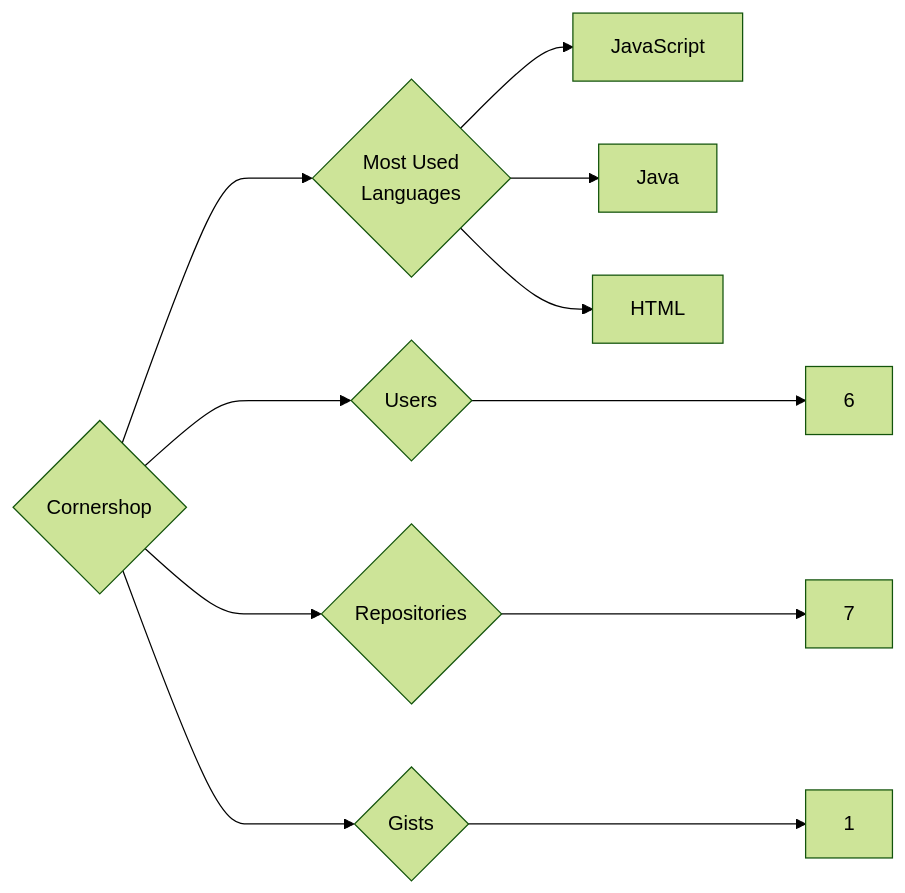
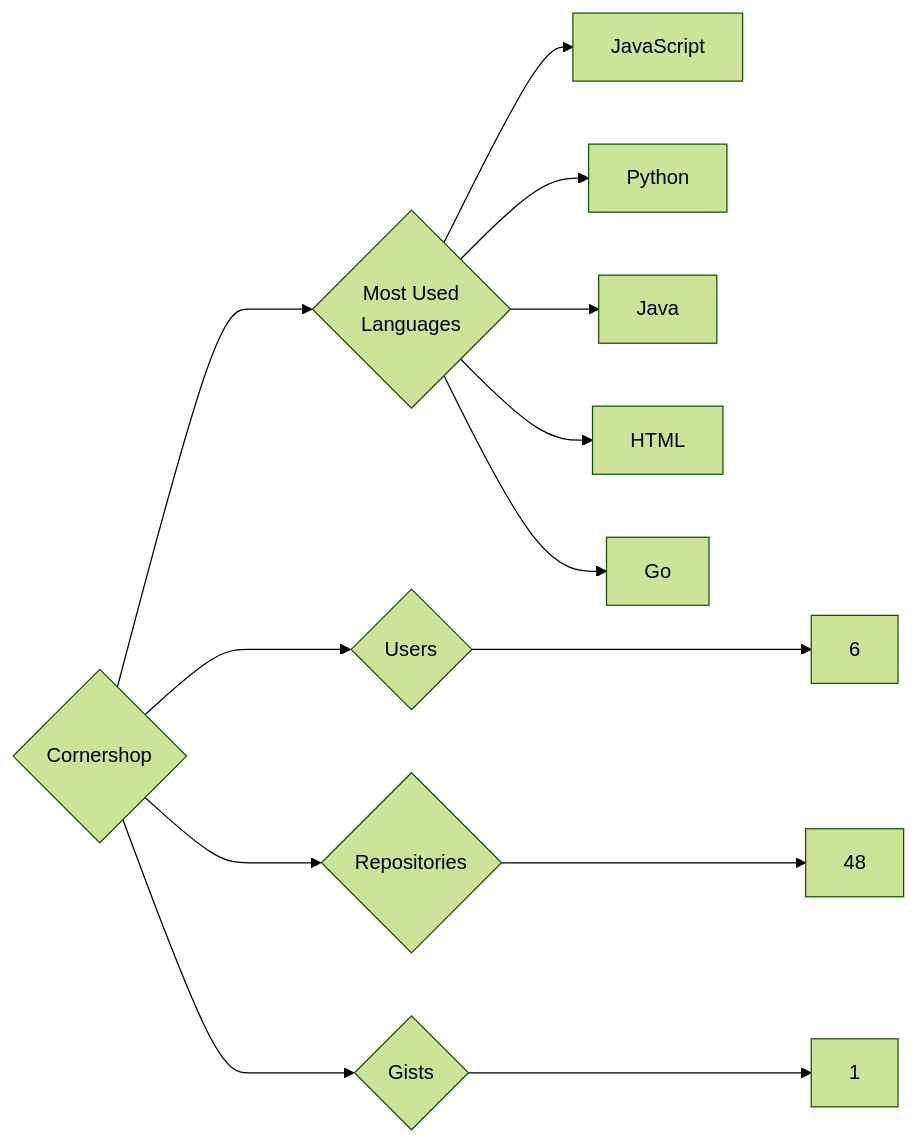
One commit to trickest/insiders changed the diagram in targets/Cornershop/README.md. Above: the diagram before and after it, drawn with Mermaid (forest theme). The commit also changed 1148 other files, not shown here.

````diff
--- a/targets/Cornershop/README.md
+++ b/targets/Cornershop/README.md
@@ -3,11 +3,13 @@
 ```mermaid
 graph LR
 COMPANY_NAME{Cornershop}
 COMPANY_NAME ---> U{Users} ---> UN[6]
-COMPANY_NAME ---> R{Repositories} ---> RN[7]
+COMPANY_NAME ---> R{Repositories} ---> RN[48]
 COMPANY_NAME ---> G{Gists} ---> GN[1]
 COMPANY_NAME ---> ML{Most Used<br>Languages}
 ML --> JavaScript[JavaScript]
+ML --> Python[Python]
 ML --> Java[Java]
 ML --> HTML[HTML]
+ML --> Go[Go]
 ```
````
